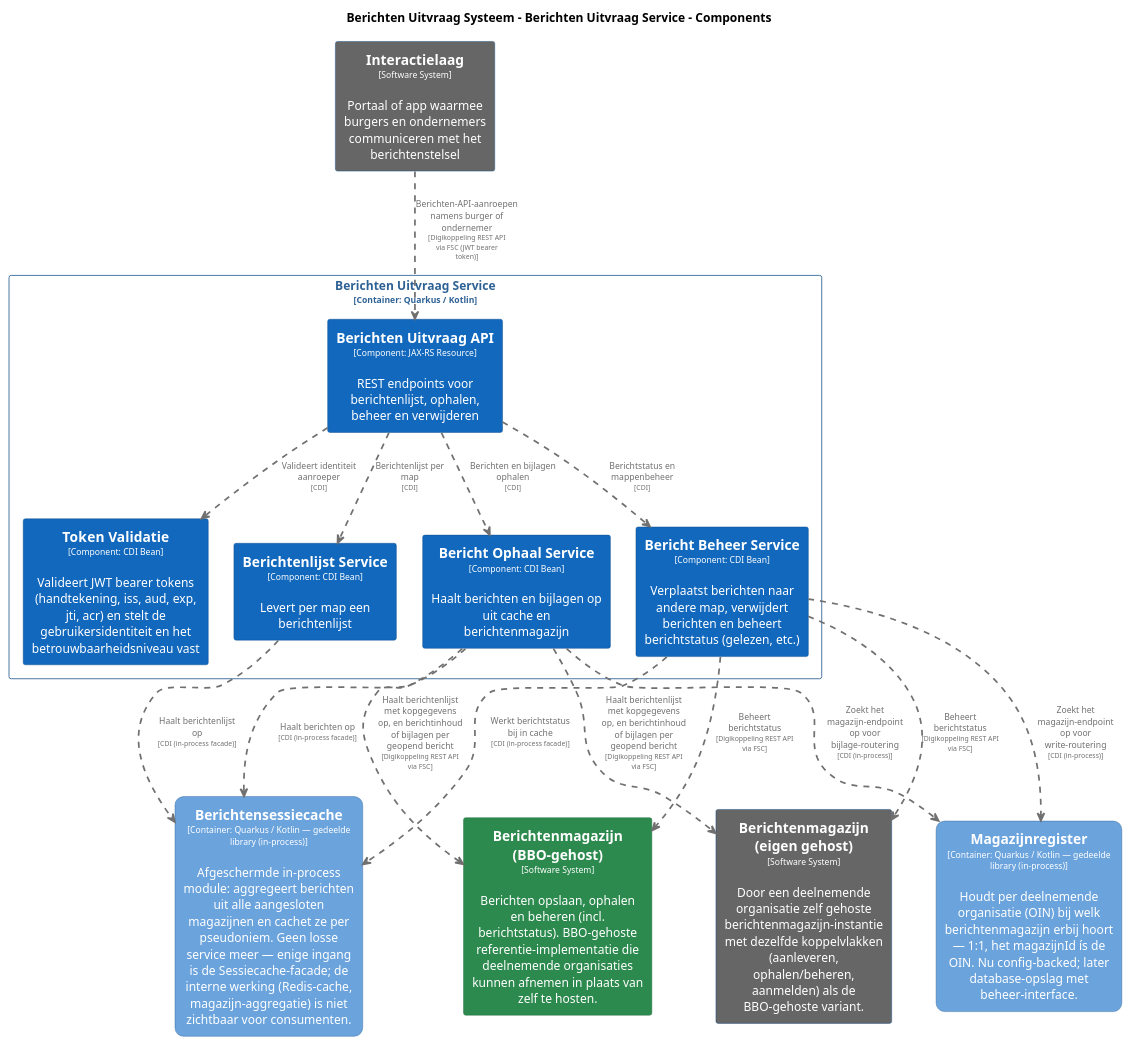
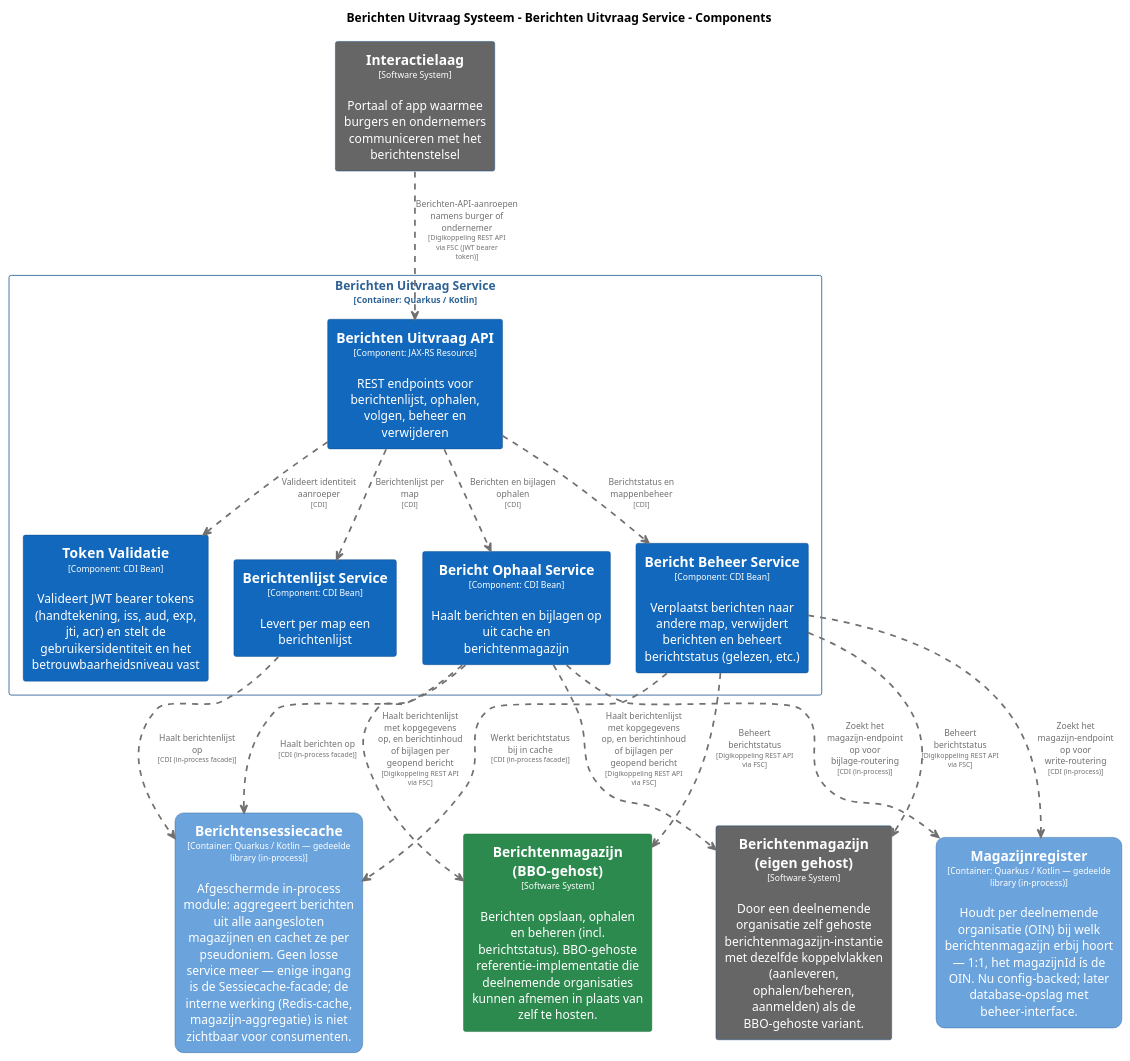
One commit to MinBZK/moza-poc-fbs-berichtenbox changed the diagram in master/puml/BerichtenUitvraagServiceComponenten.puml. Above: the diagram before and after it, drawn with PlantUML. The commit also changed 17 other files, not shown here.

```diff
--- a/master/puml/BerichtenUitvraagServiceComponenten.puml
+++ b/master/puml/BerichtenUitvraagServiceComponenten.puml
@@ -1,114 +1,114 @@
 @startuml
 set separator none
 title Berichten Uitvraag Systeem - Berichten Uitvraag Service - Components
 
 top to bottom direction
 skinparam ranksep 60
 skinparam nodesep 30
 
 skinparam {
   arrowFontSize 10
   defaultTextAlignment center
   wrapWidth 200
   maxMessageSize 100
 }
 
 hide stereotype
 
 skinparam rectangle<<BerichtenUitvraagSysteem.BerichtenUitvraagService.BerichtBeheerService>> {
   BackgroundColor #1168bd
   FontColor #ffffff
   BorderColor #0b4884
   shadowing false
 }
 skinparam rectangle<<BerichtenUitvraagSysteem.BerichtenUitvraagService.BerichtOphaalService>> {
   BackgroundColor #1168bd
   FontColor #ffffff
   BorderColor #0b4884
   shadowing false
 }
 skinparam rectangle<<BerichtenUitvraagSysteem.BerichtenUitvraagService.BerichtenUitvraagAPI>> {
   BackgroundColor #1168bd
   FontColor #ffffff
   BorderColor #0b4884
   shadowing false
 }
 skinparam rectangle<<BerichtenUitvraagSysteem.BerichtenUitvraagService.BerichtenlijstService>> {
   BackgroundColor #1168bd
   FontColor #ffffff
   BorderColor #0b4884
   shadowing false
 }
 skinparam rectangle<<BerichtenmagazijnBBOgehost>> {
   BackgroundColor #2d8a4e
   FontColor #ffffff
   BorderColor #1e6b38
   shadowing false
 }
 skinparam rectangle<<Berichtenmagazijneigengehost>> {
   BackgroundColor #666666
   FontColor #ffffff
   BorderColor #0b4884
   shadowing false
 }
 skinparam rectangle<<BerichtenUitvraagSysteem.Berichtensessiecache>> {
   BackgroundColor #6ba3dd
   FontColor #ffffff
   BorderColor #2e6295
   roundCorner 20
   shadowing false
 }
 skinparam rectangle<<Interactielaag>> {
   BackgroundColor #666666
   FontColor #ffffff
   BorderColor #0b4884
   shadowing false
 }
 skinparam rectangle<<BerichtenUitvraagSysteem.Magazijnregister>> {
   BackgroundColor #6ba3dd
   FontColor #ffffff
   BorderColor #2e6295
   roundCorner 20
   shadowing false
 }
 skinparam rectangle<<BerichtenUitvraagSysteem.BerichtenUitvraagService.TokenValidatie>> {
   BackgroundColor #1168bd
   FontColor #ffffff
   BorderColor #0b4884
   shadowing false
 }
 skinparam rectangle<<BerichtenUitvraagSysteem.BerichtenUitvraagService>> {
   BorderColor #2e6295
   FontColor #2e6295
   shadowing false
 }
 
 rectangle "==Interactielaag\n<size:10>[Software System]</size>\n\nPortaal of app waarmee burgers en ondernemers communiceren met het berichtenstelsel" <<Interactielaag>> as Interactielaag
 rectangle "==Berichtenmagazijn (eigen gehost)\n<size:10>[Software System]</size>\n\nDoor een deelnemende organisatie zelf gehoste berichtenmagazijn-instantie met dezelfde koppelvlakken (aanleveren, ophalen/beheren, aanmelden) als de BBO-gehoste variant." <<Berichtenmagazijneigengehost>> as Berichtenmagazijneigengehost
 rectangle "==Berichtenmagazijn (BBO-gehost)\n<size:10>[Software System]</size>\n\nBerichten opslaan, ophalen en beheren (incl. berichtstatus). BBO-gehoste referentie-implementatie die deelnemende organisaties kunnen afnemen in plaats van zelf te hosten." <<BerichtenmagazijnBBOgehost>> as BerichtenmagazijnBBOgehost
 rectangle "==Berichtensessiecache\n<size:10>[Container: Quarkus / Kotlin — gedeelde library (in-process)]</size>\n\nAfgeschermde in-process module: aggregeert berichten uit alle aangesloten magazijnen en cachet ze per pseudoniem. Geen losse service meer — enige ingang is de Sessiecache-facade; de interne werking (Redis-cache, magazijn-aggregatie) is niet zichtbaar voor consumenten." <<BerichtenUitvraagSysteem.Berichtensessiecache>> as BerichtenUitvraagSysteem.Berichtensessiecache
 rectangle "==Magazijnregister\n<size:10>[Container: Quarkus / Kotlin — gedeelde library (in-process)]</size>\n\nHoudt per deelnemende organisatie (OIN) bij welk berichtenmagazijn erbij hoort — 1:1, het magazijnId ís de OIN. Nu config-backed; later database-opslag met beheer-interface." <<BerichtenUitvraagSysteem.Magazijnregister>> as BerichtenUitvraagSysteem.Magazijnregister
 
 rectangle "Berichten Uitvraag Service\n<size:10>[Container: Quarkus / Kotlin]</size>" <<BerichtenUitvraagSysteem.BerichtenUitvraagService>> {
-  rectangle "==Berichten Uitvraag API\n<size:10>[Component: JAX-RS Resource]</size>\n\nREST endpoints voor berichtenlijst, ophalen, beheer en verwijderen" <<BerichtenUitvraagSysteem.BerichtenUitvraagService.BerichtenUitvraagAPI>> as BerichtenUitvraagSysteem.BerichtenUitvraagService.BerichtenUitvraagAPI
+  rectangle "==Berichten Uitvraag API\n<size:10>[Component: JAX-RS Resource]</size>\n\nREST endpoints voor berichtenlijst, ophalen, volgen, beheer en verwijderen" <<BerichtenUitvraagSysteem.BerichtenUitvraagService.BerichtenUitvraagAPI>> as BerichtenUitvraagSysteem.BerichtenUitvraagService.BerichtenUitvraagAPI
   rectangle "==Token Validatie\n<size:10>[Component: CDI Bean]</size>\n\nValideert JWT bearer tokens (handtekening, iss, aud, exp, jti, acr) en stelt de gebruikersidentiteit en het betrouwbaarheidsniveau vast" <<BerichtenUitvraagSysteem.BerichtenUitvraagService.TokenValidatie>> as BerichtenUitvraagSysteem.BerichtenUitvraagService.TokenValidatie
   rectangle "==Berichtenlijst Service\n<size:10>[Component: CDI Bean]</size>\n\nLevert per map een berichtenlijst" <<BerichtenUitvraagSysteem.BerichtenUitvraagService.BerichtenlijstService>> as BerichtenUitvraagSysteem.BerichtenUitvraagService.BerichtenlijstService
   rectangle "==Bericht Ophaal Service\n<size:10>[Component: CDI Bean]</size>\n\nHaalt berichten en bijlagen op uit cache en berichtenmagazijn" <<BerichtenUitvraagSysteem.BerichtenUitvraagService.BerichtOphaalService>> as BerichtenUitvraagSysteem.BerichtenUitvraagService.BerichtOphaalService
   rectangle "==Bericht Beheer Service\n<size:10>[Component: CDI Bean]</size>\n\nVerplaatst berichten naar andere map, verwijdert berichten en beheert berichtstatus (gelezen, etc.)" <<BerichtenUitvraagSysteem.BerichtenUitvraagService.BerichtBeheerService>> as BerichtenUitvraagSysteem.BerichtenUitvraagService.BerichtBeheerService
 }
 
 Interactielaag .[#707070,thickness=2].> BerichtenUitvraagSysteem.BerichtenUitvraagService.BerichtenUitvraagAPI : "<color:#707070>Berichten-API-aanroepen namens burger of ondernemer\n<color:#707070><size:8>[Digikoppeling REST API via FSC (JWT bearer token)]</size>"
 BerichtenUitvraagSysteem.BerichtenUitvraagService.BerichtOphaalService .[#707070,thickness=2].> BerichtenmagazijnBBOgehost : "<color:#707070>Haalt berichtenlijst met kopgegevens op, en berichtinhoud of bijlagen per geopend bericht\n<color:#707070><size:8>[Digikoppeling REST API via FSC]</size>"
 BerichtenUitvraagSysteem.BerichtenUitvraagService.BerichtBeheerService .[#707070,thickness=2].> BerichtenmagazijnBBOgehost : "<color:#707070>Beheert berichtstatus\n<color:#707070><size:8>[Digikoppeling REST API via FSC]</size>"
 BerichtenUitvraagSysteem.BerichtenUitvraagService.BerichtOphaalService .[#707070,thickness=2].> Berichtenmagazijneigengehost : "<color:#707070>Haalt berichtenlijst met kopgegevens op, en berichtinhoud of bijlagen per geopend bericht\n<color:#707070><size:8>[Digikoppeling REST API via FSC]</size>"
 BerichtenUitvraagSysteem.BerichtenUitvraagService.BerichtBeheerService .[#707070,thickness=2].> Berichtenmagazijneigengehost : "<color:#707070>Beheert berichtstatus\n<color:#707070><size:8>[Digikoppeling REST API via FSC]</size>"
 BerichtenUitvraagSysteem.BerichtenUitvraagService.BerichtenUitvraagAPI .[#707070,thickness=2].> BerichtenUitvraagSysteem.BerichtenUitvraagService.TokenValidatie : "<color:#707070>Valideert identiteit aanroeper\n<color:#707070><size:8>[CDI]</size>"
 BerichtenUitvraagSysteem.BerichtenUitvraagService.BerichtenUitvraagAPI .[#707070,thickness=2].> BerichtenUitvraagSysteem.BerichtenUitvraagService.BerichtenlijstService : "<color:#707070>Berichtenlijst per map\n<color:#707070><size:8>[CDI]</size>"
 BerichtenUitvraagSysteem.BerichtenUitvraagService.BerichtenUitvraagAPI .[#707070,thickness=2].> BerichtenUitvraagSysteem.BerichtenUitvraagService.BerichtOphaalService : "<color:#707070>Berichten en bijlagen ophalen\n<color:#707070><size:8>[CDI]</size>"
 BerichtenUitvraagSysteem.BerichtenUitvraagService.BerichtenUitvraagAPI .[#707070,thickness=2].> BerichtenUitvraagSysteem.BerichtenUitvraagService.BerichtBeheerService : "<color:#707070>Berichtstatus en mappenbeheer\n<color:#707070><size:8>[CDI]</size>"
 BerichtenUitvraagSysteem.BerichtenUitvraagService.BerichtOphaalService .[#707070,thickness=2].> BerichtenUitvraagSysteem.Berichtensessiecache : "<color:#707070>Haalt berichten op\n<color:#707070><size:8>[CDI (in-process facade)]</size>"
 BerichtenUitvraagSysteem.BerichtenUitvraagService.BerichtenlijstService .[#707070,thickness=2].> BerichtenUitvraagSysteem.Berichtensessiecache : "<color:#707070>Haalt berichtenlijst op\n<color:#707070><size:8>[CDI (in-process facade)]</size>"
 BerichtenUitvraagSysteem.BerichtenUitvraagService.BerichtBeheerService .[#707070,thickness=2].> BerichtenUitvraagSysteem.Berichtensessiecache : "<color:#707070>Werkt berichtstatus bij in cache\n<color:#707070><size:8>[CDI (in-process facade)]</size>"
 BerichtenUitvraagSysteem.BerichtenUitvraagService.BerichtOphaalService .[#707070,thickness=2].> BerichtenUitvraagSysteem.Magazijnregister : "<color:#707070>Zoekt het magazijn-endpoint op voor bijlage-routering\n<color:#707070><size:8>[CDI (in-process)]</size>"
 BerichtenUitvraagSysteem.BerichtenUitvraagService.BerichtBeheerService .[#707070,thickness=2].> BerichtenUitvraagSysteem.Magazijnregister : "<color:#707070>Zoekt het magazijn-endpoint op voor write-routering\n<color:#707070><size:8>[CDI (in-process)]</size>"
 @enduml
```
